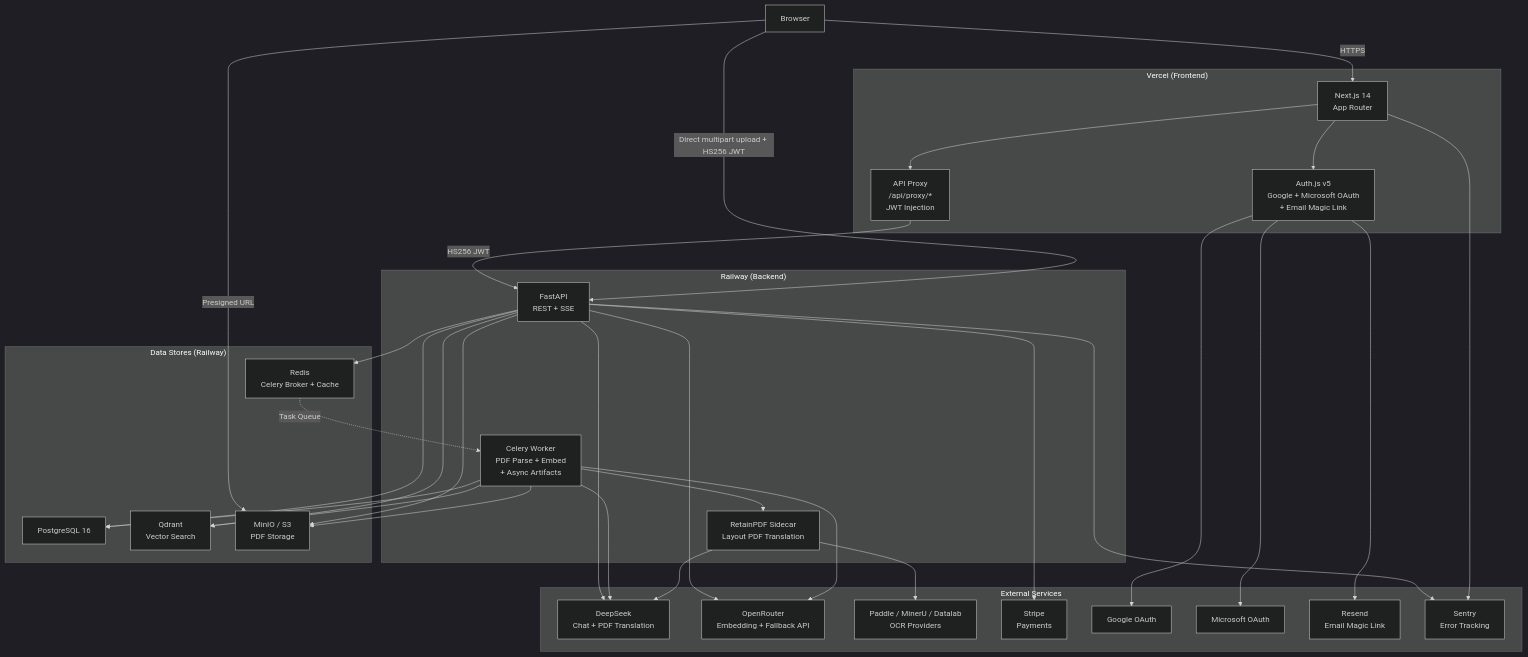
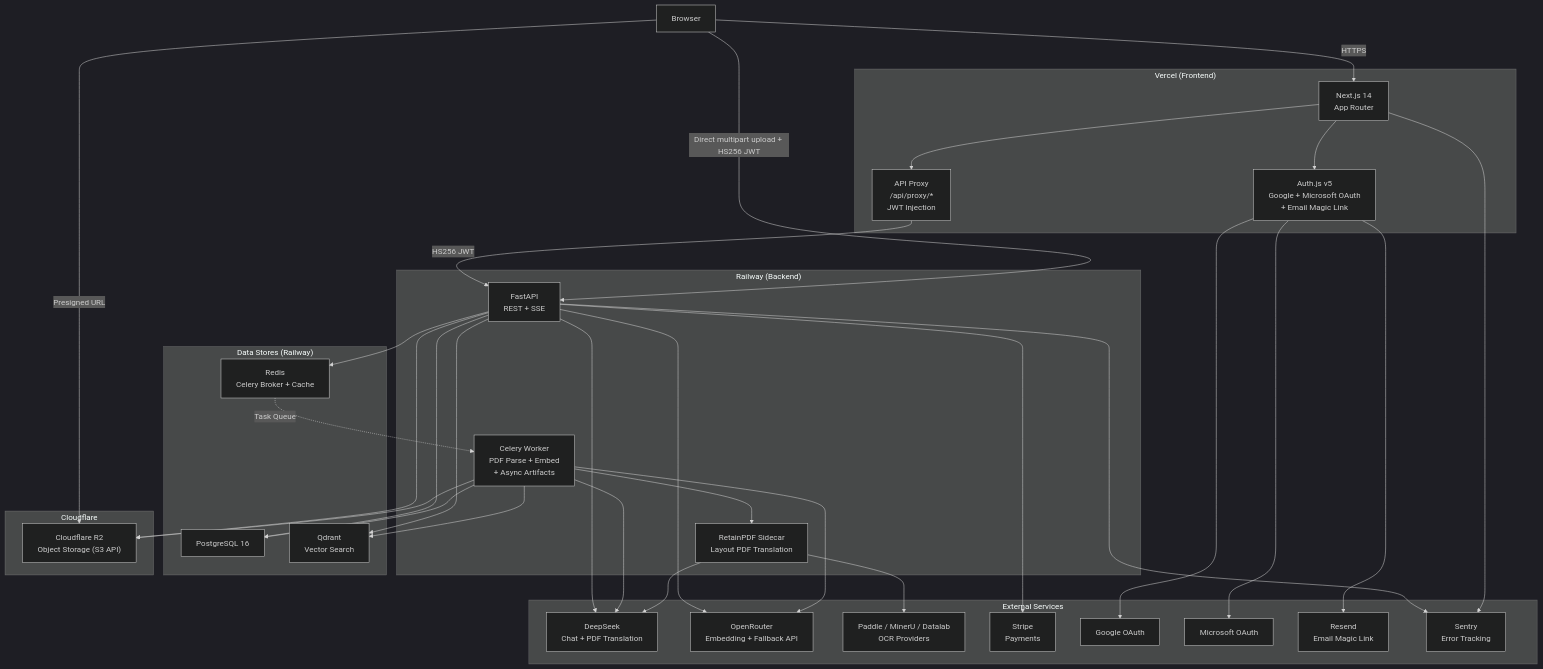
Before and after one commit to Rswcf/DocTalk: the first of 10 diagrams in docs/ARCHITECTURE.md, drawn with Mermaid (dark theme). The commit also changed other lines of this file and 14 other files, not shown here.

````diff
--- a/docs/ARCHITECTURE.md
+++ b/docs/ARCHITECTURE.md
@@ -11,62 +11,65 @@
 ```mermaid
 graph TB
     Browser["Browser"]
 
     subgraph Vercel["Vercel (Frontend)"]
         NextJS["Next.js 14<br/>App Router"]
         AuthJS["Auth.js v5<br/>Google + Microsoft OAuth<br/>+ Email Magic Link"]
         Proxy["API Proxy<br/>/api/proxy/*<br/>JWT Injection"]
     end
 
     subgraph Railway["Railway (Backend)"]
         FastAPI["FastAPI<br/>REST + SSE"]
         Celery["Celery Worker<br/>PDF Parse + Embed<br/>+ Async Artifacts"]
         RetainPDF["RetainPDF Sidecar<br/>Layout PDF Translation"]
     end
 
     subgraph DataStores["Data Stores (Railway)"]
         PG["PostgreSQL 16"]
         Qdrant["Qdrant<br/>Vector Search"]
         Redis["Redis<br/>Celery Broker + Cache"]
-        MinIO["MinIO / S3<br/>PDF Storage"]
+    end
+
+    subgraph Cloudflare["Cloudflare"]
+        R2["Cloudflare R2<br/>Object Storage (S3 API)"]
     end
 
     subgraph External["External Services"]
         DeepSeek["DeepSeek<br/>Chat + PDF Translation"]
         OpenRouter["OpenRouter<br/>Embedding + Fallback API"]
         OCRProviders["Paddle / MinerU / Datalab<br/>OCR Providers"]
         Stripe["Stripe<br/>Payments"]
         Google["Google OAuth"]
         Microsoft["Microsoft OAuth"]
         Resend["Resend<br/>Email Magic Link"]
         Sentry["Sentry<br/>Error Tracking"]
     end
 
     Browser -->|HTTPS| NextJS
     NextJS --> AuthJS
     NextJS --> Proxy
     Proxy -->|HS256 JWT| FastAPI
     Browser -->|Direct multipart upload + HS256 JWT| FastAPI
     FastAPI --> PG
     FastAPI --> Qdrant
     FastAPI --> Redis
-    FastAPI --> MinIO
+    FastAPI --> R2
     FastAPI --> DeepSeek
     FastAPI --> OpenRouter
     FastAPI --> Stripe
     Celery --> PG
     Celery --> Qdrant
-    Celery --> MinIO
+    Celery --> R2
     Celery --> RetainPDF
     Celery --> DeepSeek
     Celery --> OpenRouter
     RetainPDF --> OCRProviders
     RetainPDF --> DeepSeek
     Redis -.->|Task Queue| Celery
     AuthJS --> Google
     AuthJS --> Microsoft
     AuthJS --> Resend
     FastAPI --> Sentry
     NextJS --> Sentry
-    Browser -->|Presigned URL| MinIO
+    Browser -->|Presigned URL| R2
 ```
````
